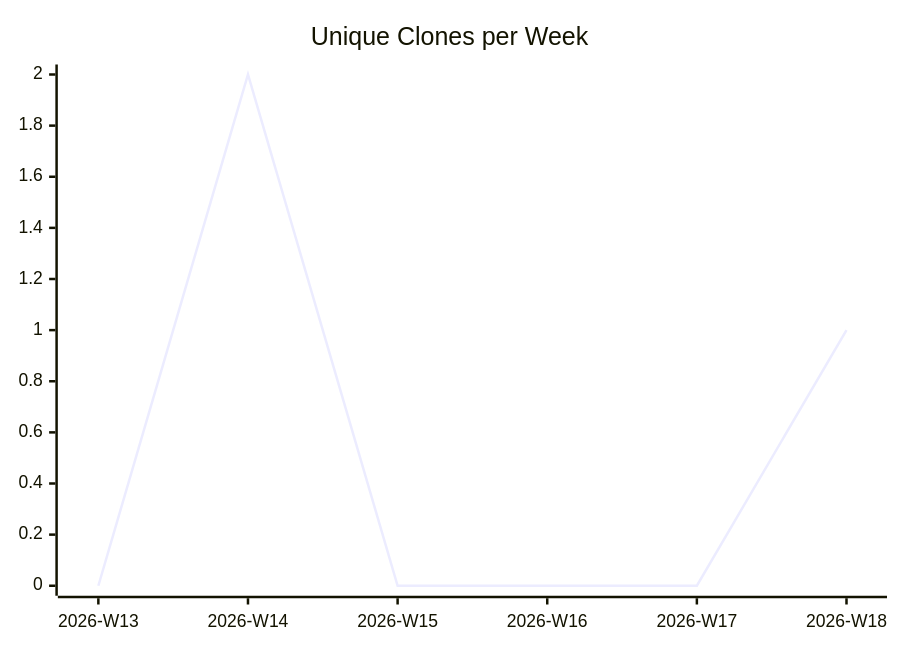
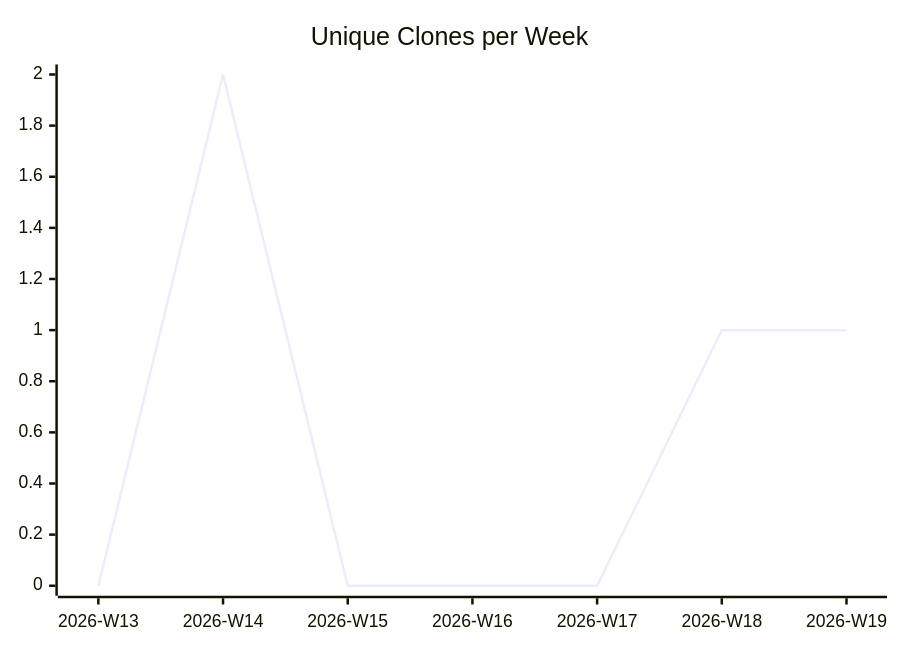
One commit to justdavis-family/github-analytics-data changed the third of 3 diagrams in karlmdavis/ldap-plugin/README.md. Above: the diagram before and after it, drawn with Mermaid. The commit also changed other lines of this file and 187 other files, not shown here.

````diff
--- a/karlmdavis/ldap-plugin/README.md
+++ b/karlmdavis/ldap-plugin/README.md
@@ -19,6 +19,6 @@
 ```mermaid
 xychart-beta
   title "Unique Clones per Week"
-  x-axis ["2026-W13", "2026-W14", "2026-W15", "2026-W16", "2026-W17", "2026-W18"]
-  line [0, 2, 0, 0, 0, 1]
+  x-axis ["2026-W13", "2026-W14", "2026-W15", "2026-W16", "2026-W17", "2026-W18", "2026-W19"]
+  line [0, 2, 0, 0, 0, 1, 1]
 ```
````
